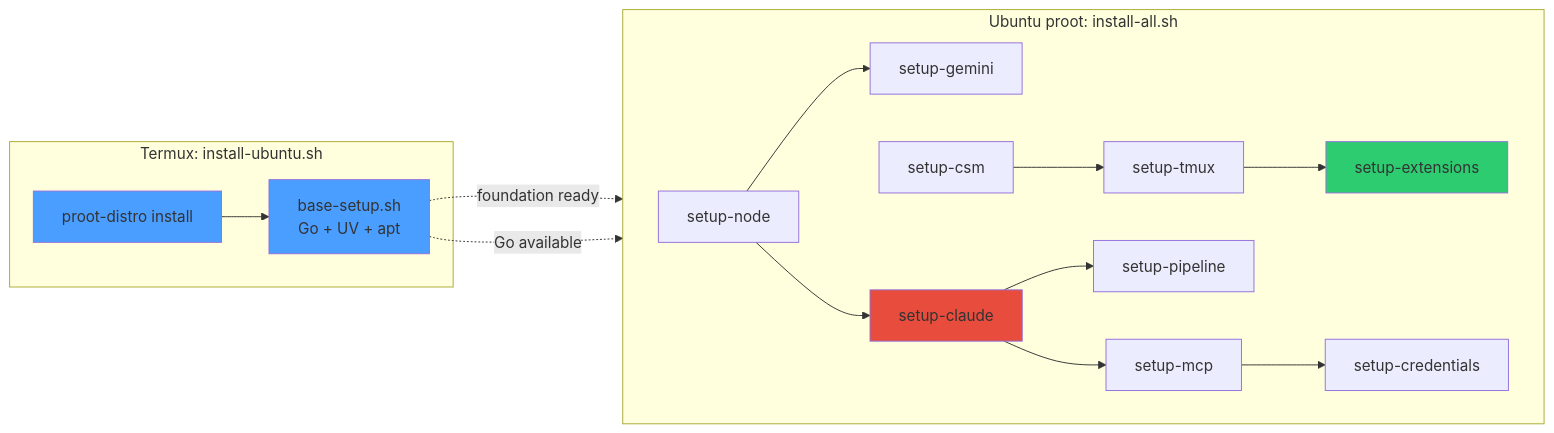
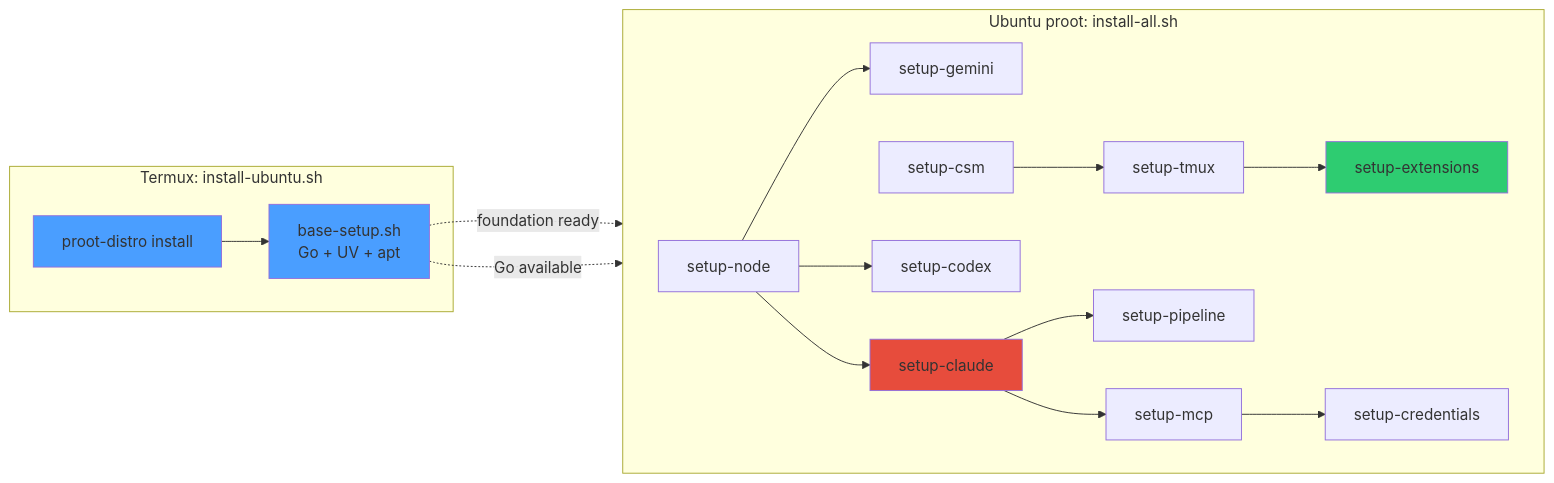
One commit to ancrz/termux-linux-deployer changed the second of 7 diagrams in README.md. Above: the diagram before and after it, drawn with Mermaid. The commit also changed other lines of this file and 4 other files, not shown here.

````diff
--- a/README.md
+++ b/README.md
@@ -65,25 +66,26 @@
 ```mermaid
 flowchart LR
     subgraph "Termux: install-ubuntu.sh"
         UB["proot-distro install"] --> BS["base-setup.sh<br/>Go + UV + apt"]
     end
 
     subgraph "Ubuntu proot: install-all.sh"
         direction LR
         ND["setup-node"] --> GM["setup-gemini"]
         ND --> CL["setup-claude"]
+        ND --> CX["setup-codex"]
         CSM["setup-csm"] --> TM["setup-tmux"]
         TM --> EX["setup-extensions"]
         CL --> PL["setup-pipeline"]
         CL --> MCP["setup-mcp"]
         MCP --> CR["setup-credentials"]
     end
 
     BS -.->|"foundation ready"| ND
     BS -.->|"Go available"| CSM
 
     style BS fill:#4a9eff
     style UB fill:#4a9eff
     style EX fill:#2ecc71
     style CL fill:#e74c3c
 ```
````
